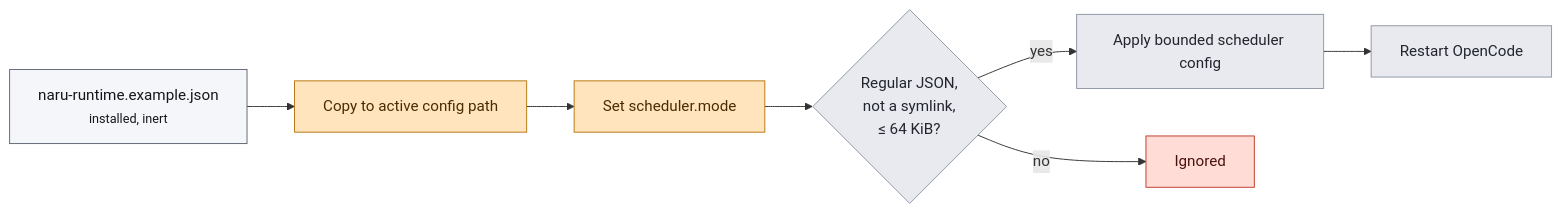
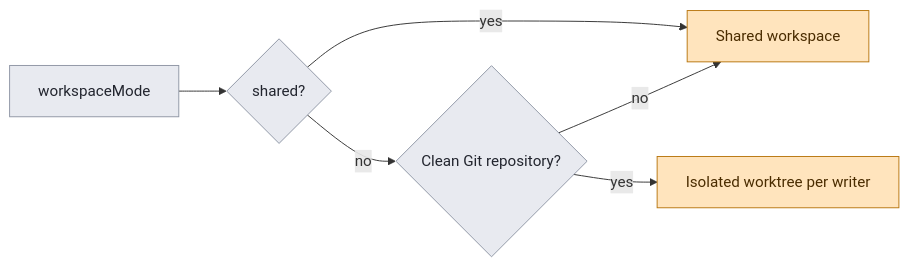
One commit to sean35mm/naru-opencode changed the diagram in docs/src/content/docs/reference/runtime-config.md. Above: the diagram before and after it, drawn with Mermaid. The commit also changed other lines of this file and 24 other files, not shown here.

First line of the commit message:
docs: rewrite documentation for the v-next architecture

````diff
--- a/docs/src/content/docs/reference/runtime-config.md
+++ b/docs/src/content/docs/reference/runtime-config.md
@@ -12,19 +43,17 @@
 ```mermaid
 flowchart LR
-  A["naru-runtime.example.json<br/><small>installed, inert</small>"]:::artifact
-  B["Copy to active config path"]:::write
-  C["Set scheduler.mode"]:::write
-  D{"Regular JSON,<br/>not a symlink,<br/>≤ 64 KiB?"}:::gate
-  E["Apply bounded scheduler config"]:::gate
-  F["Restart OpenCode"]:::gate
-  X["Ignored"]:::danger
+  A["workspaceMode"]:::gate
+  B{"shared?"}:::gate
+  C{"Clean Git repository?"}:::gate
+  D["Isolated worktree per writer"]:::write
+  E["Shared workspace"]:::write
 
-  A --> B --> C --> D
-  D -->|no| X
-  D -->|yes| E --> F
+  A --> B
+  B -->|yes| E
+  B -->|no| C
+  C -->|yes| D
+  C -->|no| E
 
   classDef write fill:#ffe4bd,stroke:#b8760f,color:#4a2c00
   classDef gate fill:#e8eaf0,stroke:#8f96a5,color:#22252e
-  classDef danger fill:#ffdcd6,stroke:#c0392b,color:#4a120c
-  classDef artifact fill:#f5f6fa,stroke:#5f6675,color:#14161d
 ```
````
